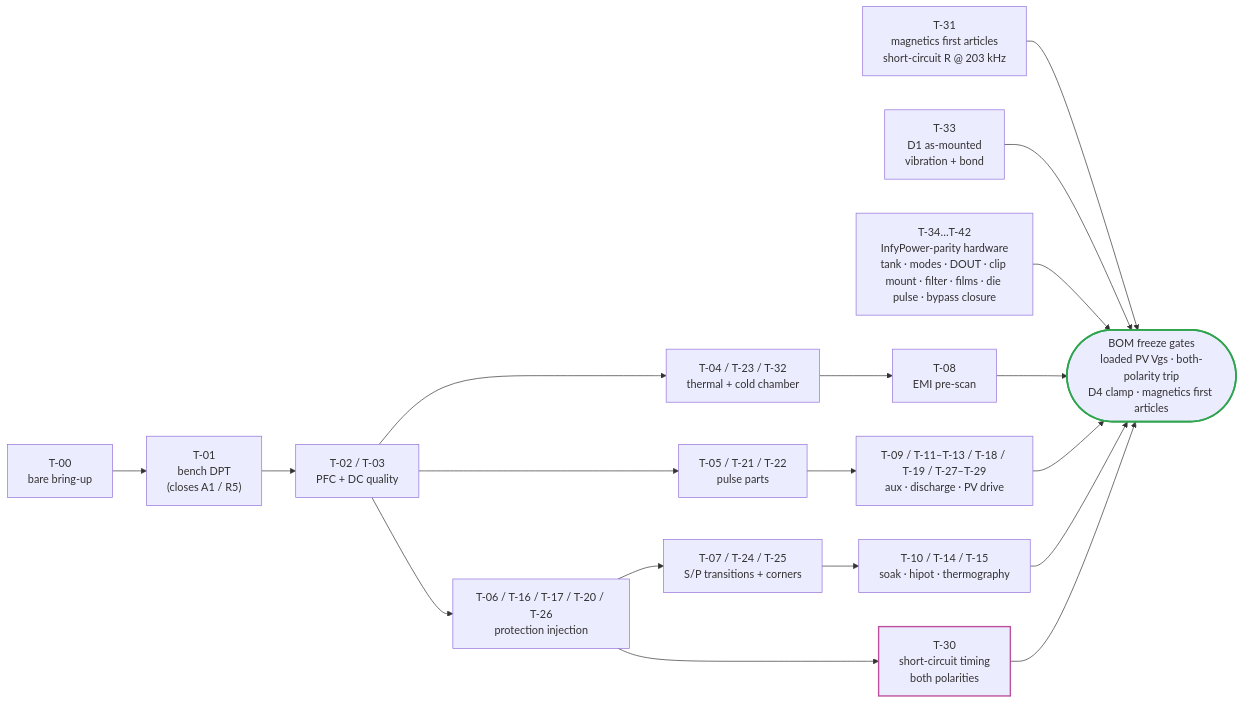
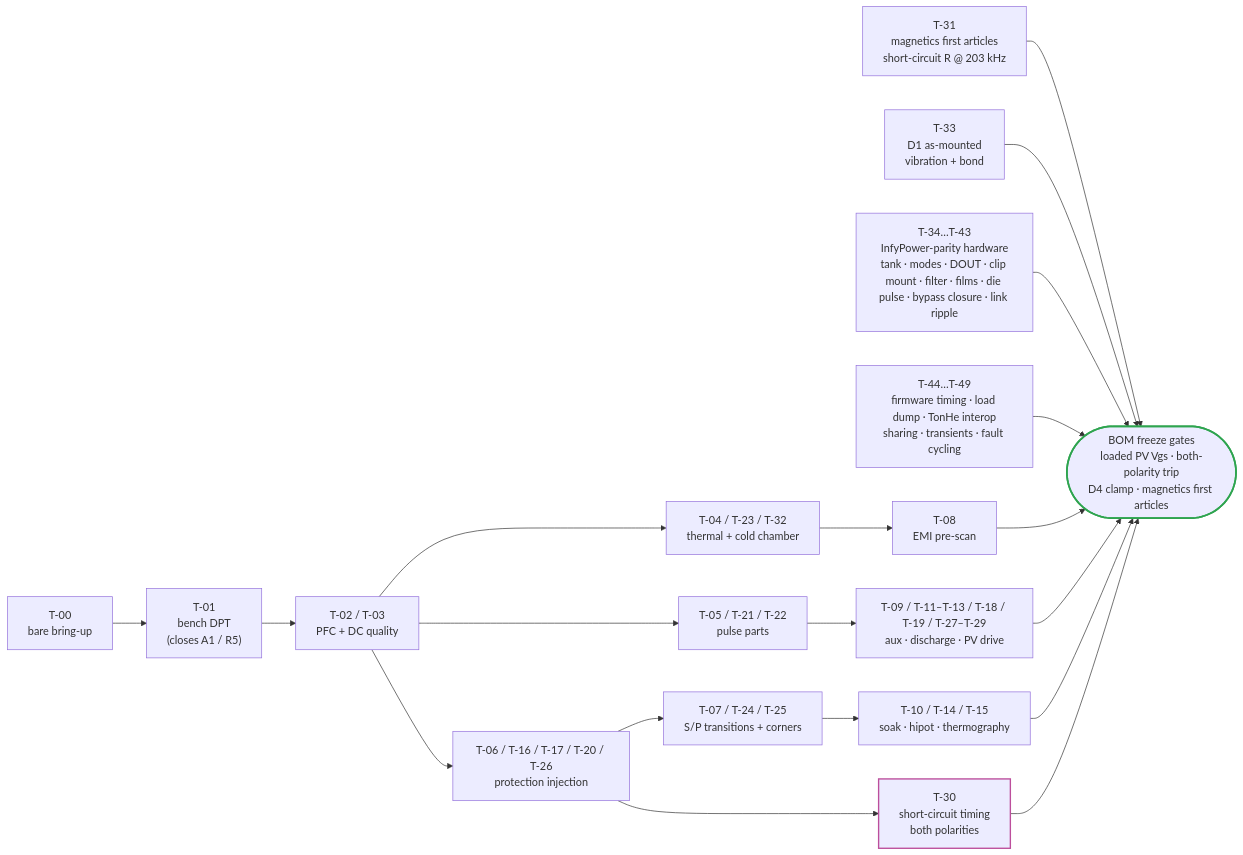
The second of 2 diagrams in docs/evt-plan.md (vectivolt/DC-Modules), drawn with Mermaid before and after one commit. The commit also changed other lines of this file and 81 other files, not shown here.

````diff
--- a/docs/evt-plan.md
+++ b/docs/evt-plan.md
@@ -58,22 +60,23 @@
 ```mermaid
 flowchart LR
   A["T-00<br/>bare bring-up"] --> B["T-01<br/>bench DPT<br/>(closes A1 / R5)"]
   B --> C["T-02 / T-03<br/>PFC + DC quality"]
   C --> D["T-04 / T-23 / T-32<br/>thermal + cold chamber"]
   C --> E["T-05 / T-21 / T-22<br/>pulse parts"]
   C --> F["T-06 / T-16 / T-17 / T-20 / T-26<br/>protection injection"]
   F --> SC["T-30<br/>short-circuit timing<br/>both polarities"]
   F --> G["T-07 / T-24 / T-25<br/>S/P transitions + corners"]
   D --> H["T-08<br/>EMI pre-scan"]
   E --> I["T-09 / T-11–T-13 / T-18 / T-19 / T-27–T-29<br/>aux · discharge · PV drive"]
   G --> J["T-10 / T-14 / T-15<br/>soak · hipot · thermography"]
   M["T-31<br/>magnetics first articles<br/>short-circuit R @ 203 kHz"] --> K
   VB["T-33<br/>D1 as-mounted<br/>vibration + bond"] --> K
-  IP["T-34…T-42<br/>InfyPower-parity hardware<br/>tank · modes · DOUT · clip mount · filter · films · die pulse · bypass closure"] --> K
+  IP["T-34…T-43<br/>InfyPower-parity hardware<br/>tank · modes · DOUT · clip mount · filter · films · die pulse · bypass closure · link ripple"] --> K
+  FWP["T-44…T-49<br/>firmware timing · load dump · TonHe interop<br/>sharing · transients · fault cycling"] --> K
   H --> K(["BOM freeze gates<br/>loaded PV Vgs · both-polarity trip<br/>D4 clamp · magnetics first articles"])
   I --> K
   J --> K
   SC --> K
   style K stroke:#2ea44f,stroke-width:2.5px
   style SC stroke:#bc4e9c,stroke-width:2px
 ```
````
